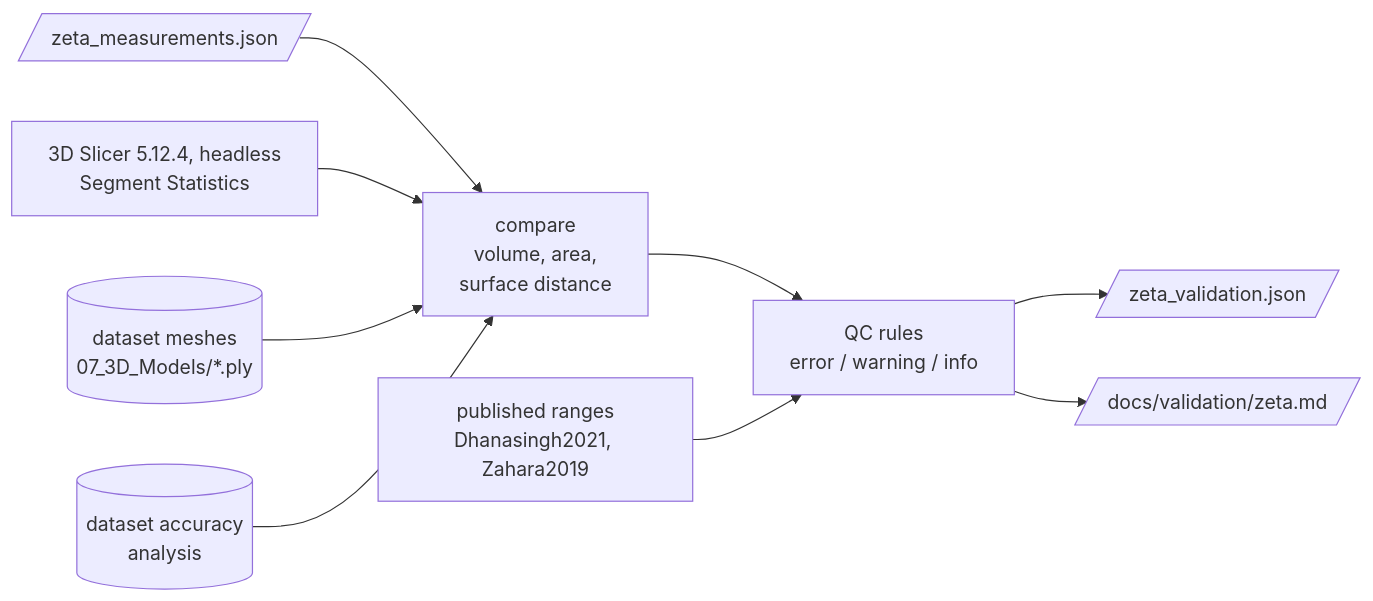
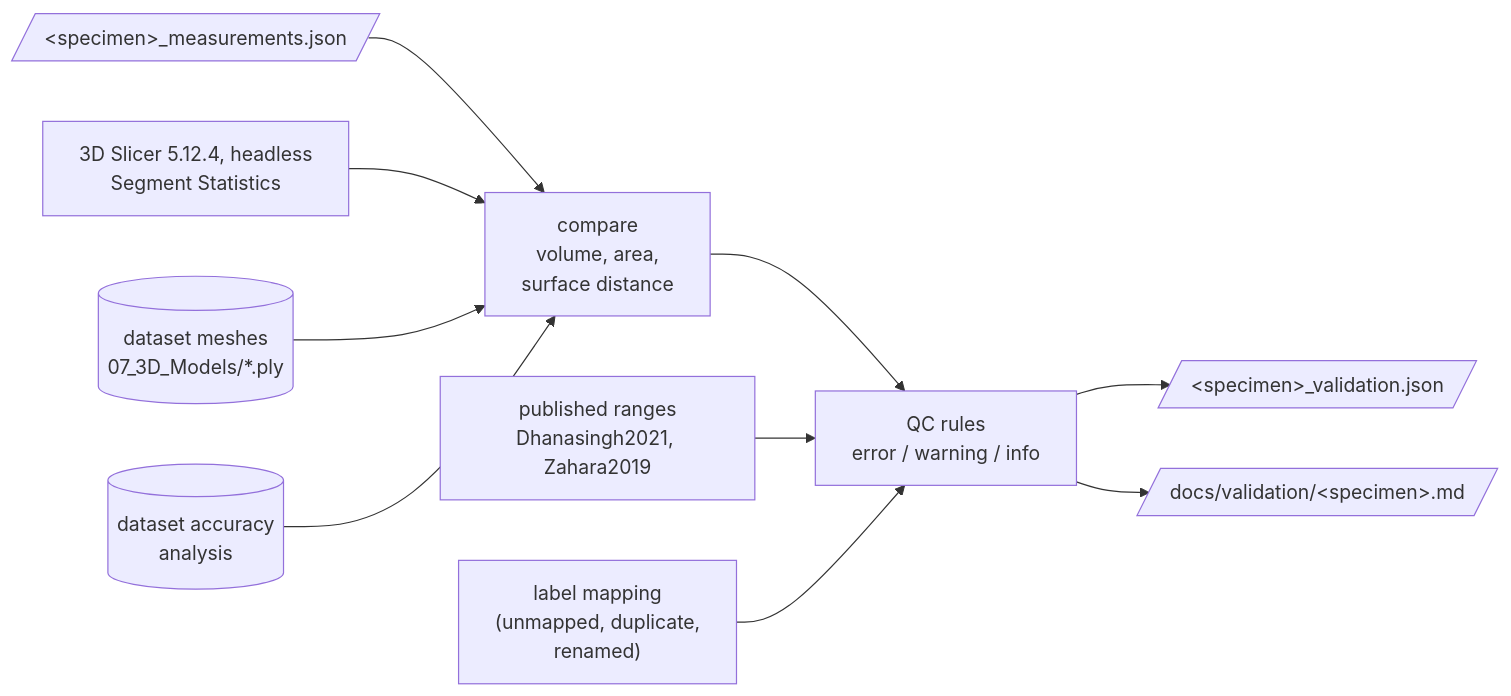
The diagram in docs/architecture/03-validation.md (ZeeetOne/CochleaHub), drawn with Mermaid before and after one commit. The commit also changed other lines of this file and 4 other files, not shown here.

Commit message:
docs: bring the stage 2-6 architecture pages up to date (pgvector, documents, two specimens)

````diff
--- a/docs/architecture/03-validation.md
+++ b/docs/architecture/03-validation.md
@@ -6,11 +6,12 @@
 ```mermaid
 flowchart LR
-    M[/"zeta_measurements.json"/] --> CMP
+    M[/"&lt;specimen&gt;_measurements.json"/] --> CMP
     SL["3D Slicer 5.12.4, headless<br/>Segment Statistics"] --> CMP
     PLY[("dataset meshes<br/>07_3D_Models/*.ply")] --> CMP
     ACC[("dataset accuracy<br/>analysis")] --> CMP
     CMP["compare<br/>volume, area,<br/>surface distance"] --> QC["QC rules<br/>error / warning / info"]
     REF["published ranges<br/>Dhanasingh2021, Zahara2019"] --> QC
-    QC --> V[/"zeta_validation.json"/]
-    QC --> R[/"docs/validation/zeta.md"/]
+    MAP["label mapping<br/>(unmapped, duplicate,<br/>renamed)"] --> QC
+    QC --> V[/"&lt;specimen&gt;_validation.json"/]
+    QC --> R[/"docs/validation/&lt;specimen&gt;.md"/]
 ```
````
